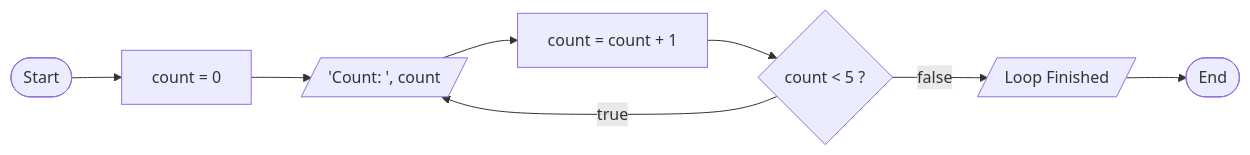
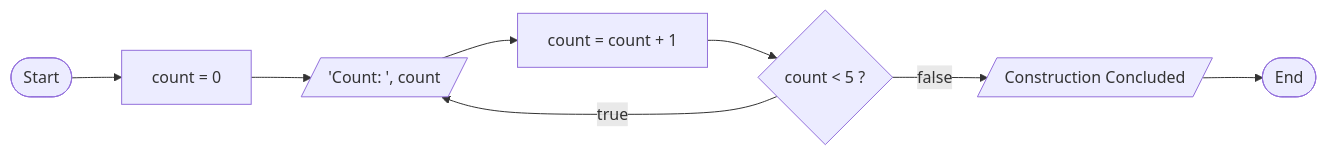
Before and after one commit to afzalimdad9/JS-Notes: the eighth of 9 diagrams in JS Basics.md, drawn with Mermaid. The commit also changed other lines of this file and 2 other files, not shown here.

````diff
--- a/JS Basics.md
+++ b/JS Basics.md
@@ -1058,11 +1035,11 @@
-   ```mermaid
-   graph LR
-   A([Start]) --> B[count = 0]
+```mermaid
+graph LR
+A([Start]) --> B[count = 0]
 
-   B--> D
-   C -->|true| D[/'Count: ', count/]
-   C -->|false| E[/Loop Finished/]
-   D --> F[count = count + 1]
-   F --> C{count < 5 ?}
-   E --> G([End])
-   ```
+B--> D
+C -->|true| D[/'Count: ', count/]
+C -->|false| E[/Construction Concluded/]
+D --> F[count = count + 1]
+F --> C{count < 5 ?}
+E --> G([End])
+```
````
